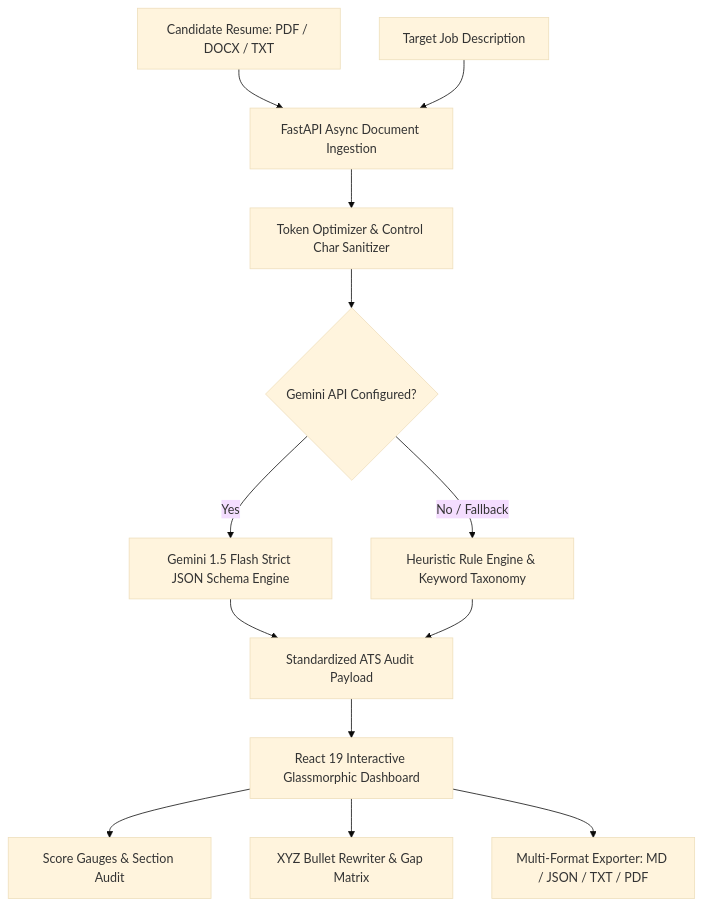
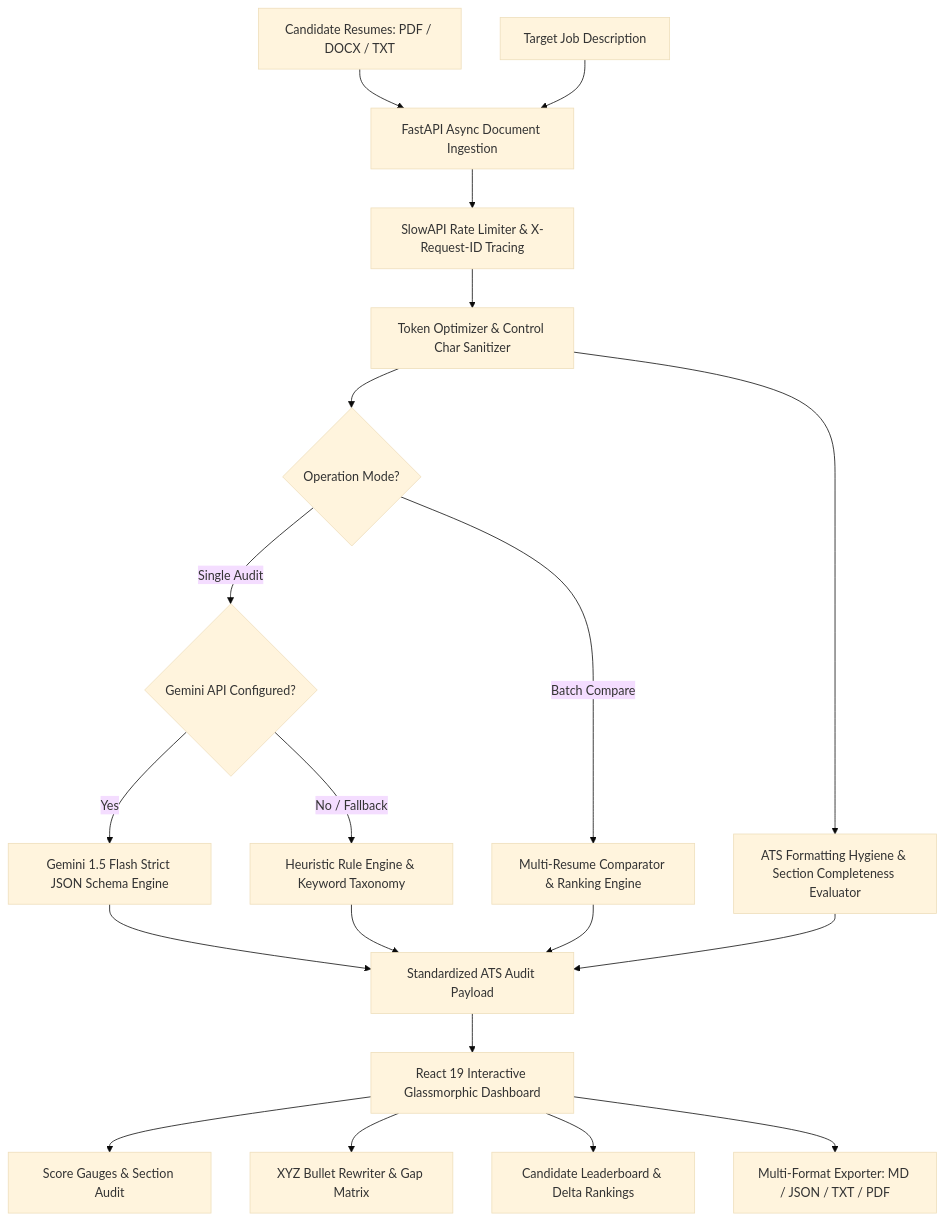
Before and after one commit to srijansrivastava1234/AI-RESUME-ANALYSER: the diagram in README.md, drawn with Mermaid (base theme). The commit also changed other lines of this file, not shown here.

Commit message:
docs: update README with v1.4.0 features, architecture diagram, and 15 technical contributions

````diff
--- a/README.md
+++ b/README.md
@@ -13,15 +13,22 @@
 ```mermaid
 graph TD
-    A[Candidate Resume: PDF / DOCX / TXT] --> B[FastAPI Async Document Ingestion]
+    A[Candidate Resumes: PDF / DOCX / TXT] --> B[FastAPI Async Document Ingestion]
     J[Target Job Description] --> B
-    B --> C[Token Optimizer & Control Char Sanitizer]
-    C --> D{Gemini API Configured?}
+    B --> SEC[SlowAPI Rate Limiter & X-Request-ID Tracing]
+    SEC --> C[Token Optimizer & Control Char Sanitizer]
+    C --> HYG[ATS Formatting Hygiene & Section Completeness Evaluator]
+    C --> COMP{Operation Mode?}
+    COMP -- Single Audit --> D{Gemini API Configured?}
+    COMP -- Batch Compare --> CMP[Multi-Resume Comparator & Ranking Engine]
     D -- Yes --> E[Gemini 1.5 Flash Strict JSON Schema Engine]
     D -- No / Fallback --> F[Heuristic Rule Engine & Keyword Taxonomy]
     E --> G[Standardized ATS Audit Payload]
     F --> G
+    CMP --> G
+    HYG --> G
     G --> H[React 19 Interactive Glassmorphic Dashboard]
     H --> I1[Score Gauges & Section Audit]
     H --> I2[XYZ Bullet Rewriter & Gap Matrix]
-    H --> I3[Multi-Format Exporter: MD / JSON / TXT / PDF]
+    H --> I3[Candidate Leaderboard & Delta Rankings]
+    H --> I4[Multi-Format Exporter: MD / JSON / TXT / PDF]
 ```
````
